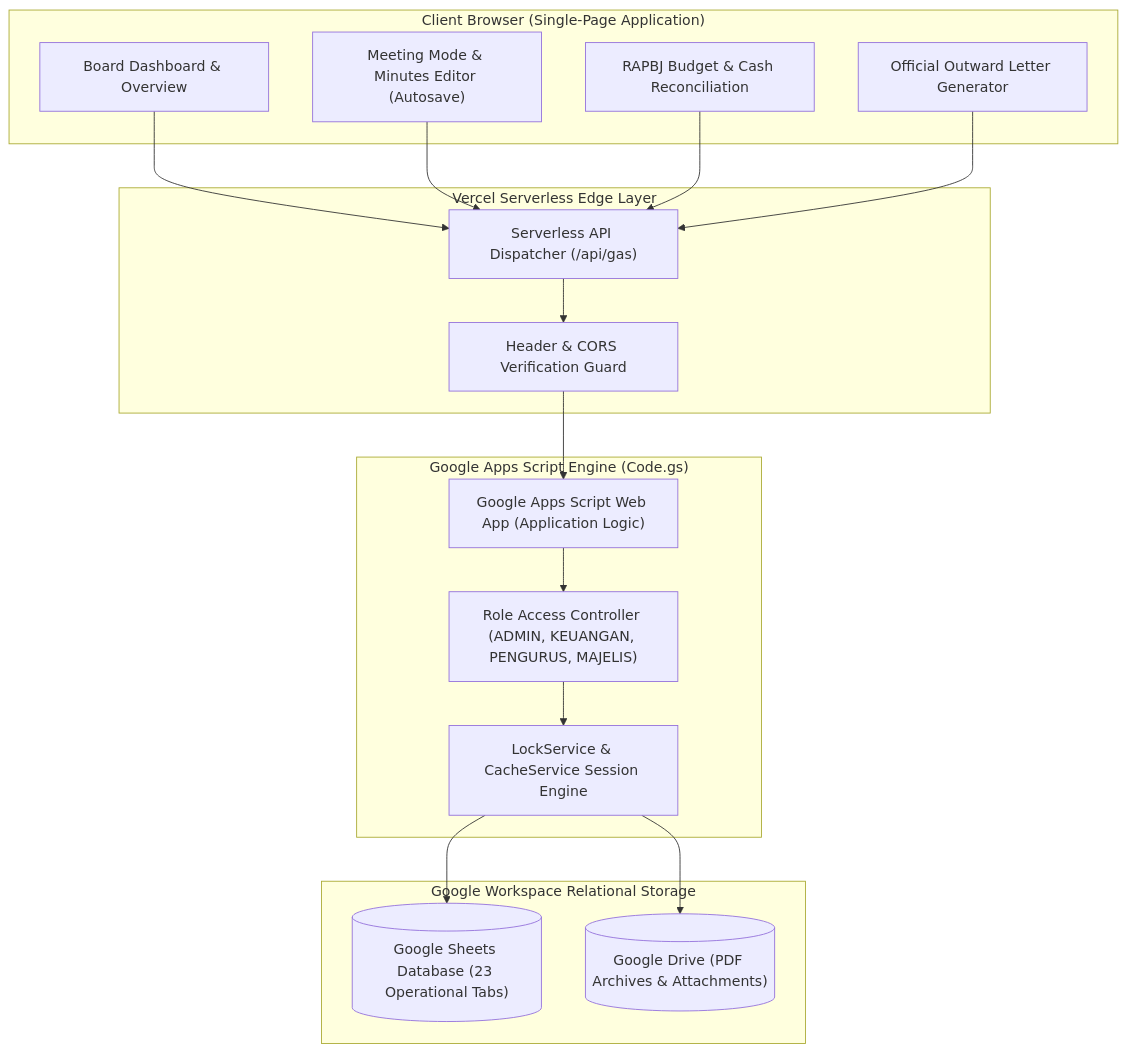
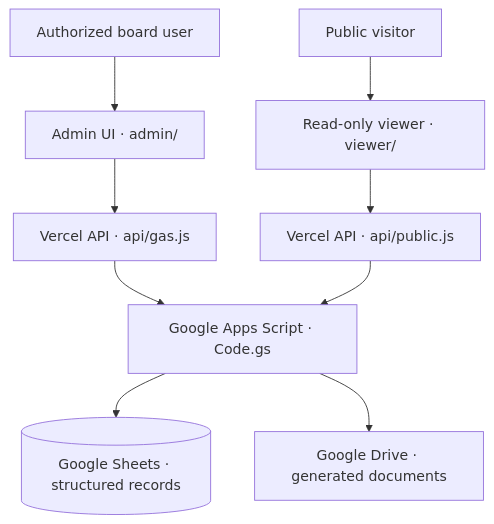
One commit to zvenians/majelis-galilea changed the diagram in README.md. Above: the diagram before and after it, drawn with Mermaid. The commit also changed other lines of this file, not shown here.

````diff
--- a/README.md
+++ b/README.md
@@ -43,37 +34,11 @@
 ```mermaid
 flowchart TD
-    subgraph Client ["Client Browser (Single-Page Application)"]
-        Dashboard["Board Dashboard & Overview"]
-        MeetingEditor["Meeting Mode & Minutes Editor (Autosave)"]
-        TreasuryUI["RAPBJ Budget & Cash Reconciliation"]
-        LetterModule["Official Outward Letter Generator"]
-    end
-
-    subgraph EdgeLayer ["Vercel Serverless Edge Layer"]
-        Proxy["Serverless API Dispatcher (/api/gas)"]
-        SecretAuth["Header & CORS Verification Guard"]
-    end
-
-    subgraph BackendEngine ["Google Apps Script Engine (Code.gs)"]
-        GAS["Google Apps Script Web App (Application Logic)"]
-        RBAC["Role Access Controller (ADMIN, KEUANGAN, PENGURUS, MAJELIS)"]
-        Concurrency["LockService & CacheService Session Engine"]
-    end
-
-    subgraph WorkspaceStore ["Google Workspace Relational Storage"]
-        Sheets[("Google Sheets Database (23 Operational Tabs)")]
-        DriveStorage[("Google Drive (PDF Archives & Attachments)")]
-    end
-
-    Dashboard --> Proxy
-    MeetingEditor --> Proxy
-    TreasuryUI --> Proxy
-    LetterModule --> Proxy
-
-    Proxy --> SecretAuth
-    SecretAuth --> GAS
-    GAS --> RBAC
-    RBAC --> Concurrency
-    Concurrency --> Sheets
-    Concurrency --> DriveStorage
+  Board["Authorized board user"] --> Admin["Admin UI · admin/"]
+  Public["Public visitor"] --> Viewer["Read-only viewer · viewer/"]
+  Admin --> Proxy["Vercel API · api/gas.js"]
+  Viewer --> PublicAPI["Vercel API · api/public.js"]
+  Proxy --> Engine["Google Apps Script · Code.gs"]
+  PublicAPI --> Engine
+  Engine --> Sheets[("Google Sheets · structured records")]
+  Engine --> Drive["Google Drive · generated documents"]
 ```
````
